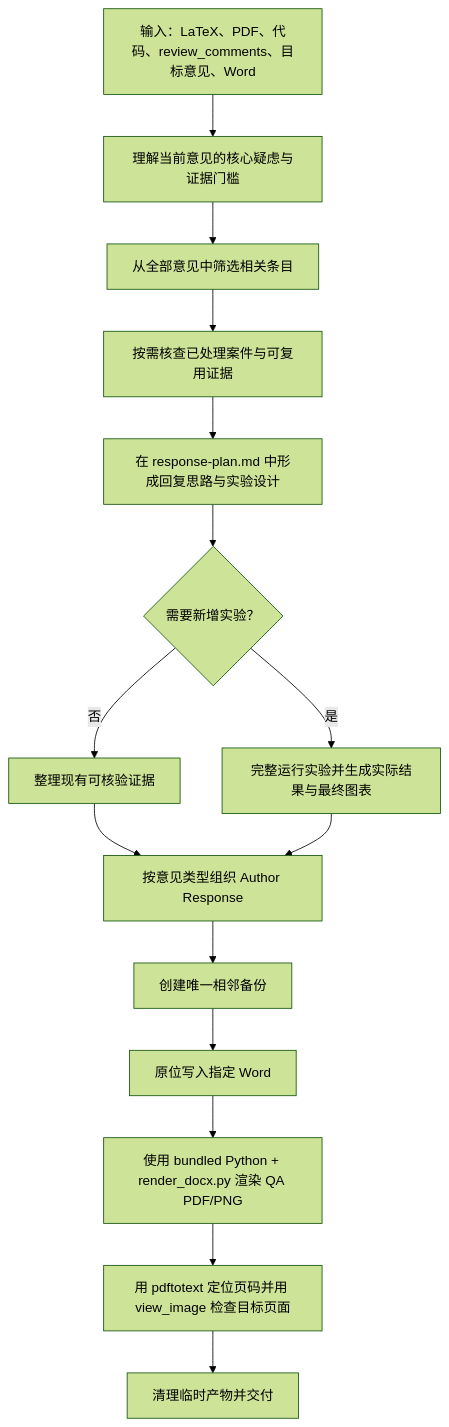
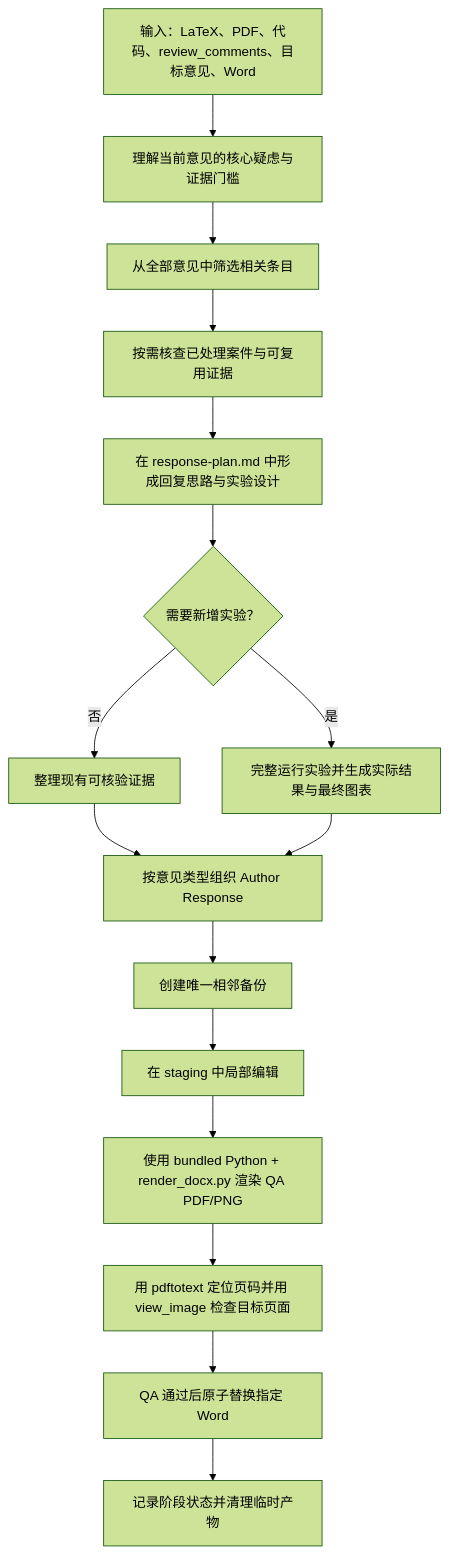
One commit to whiteMo0623/ieee-transactions-review-response-engineer changed the diagram in README.md. Above: the diagram before and after it, drawn with Mermaid (forest theme). The commit also changed other lines of this file and 10 other files, not shown here.

````diff
--- a/README.md
+++ b/README.md
@@ -43,17 +43,18 @@
 ```mermaid
 flowchart TD
     A["输入：LaTeX、PDF、代码、review_comments、目标意见、Word"] --> B["理解当前意见的核心疑虑与证据门槛"]
     B --> C["从全部意见中筛选相关条目"]
     C --> D["按需核查已处理案件与可复用证据"]
     D --> E["在 response-plan.md 中形成回复思路与实验设计"]
     E --> F{"需要新增实验？"}
     F -- "否" --> G["整理现有可核验证据"]
     F -- "是" --> H["完整运行实验并生成实际结果与最终图表"]
     G --> I["按意见类型组织 Author Response"]
     H --> I
     I --> J["创建唯一相邻备份"]
-    J --> K["原位写入指定 Word"]
+    J --> K["在 staging 中局部编辑"]
     K --> L["使用 bundled Python + render_docx.py 渲染 QA PDF/PNG"]
     L --> N["用 pdftotext 定位页码并用 view_image 检查目标页面"]
-    N --> M["清理临时产物并交付"]
+    N --> O["QA 通过后原子替换指定 Word"]
+    O --> M["记录阶段状态并清理临时产物"]
 ```
````
